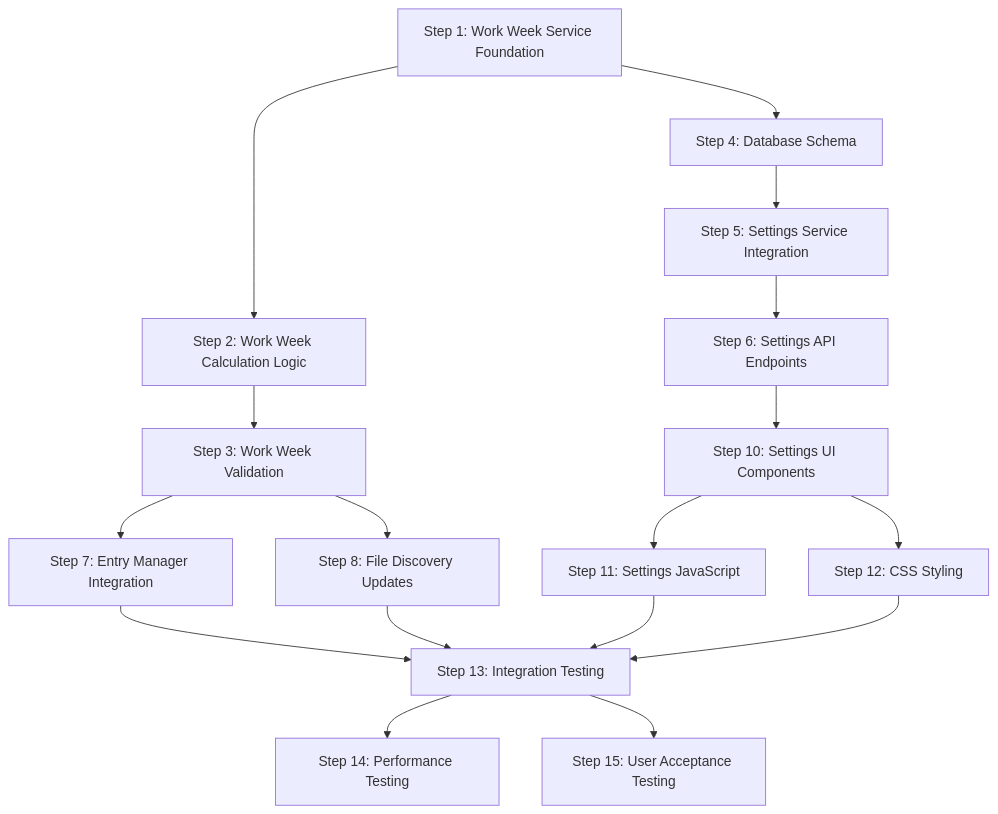
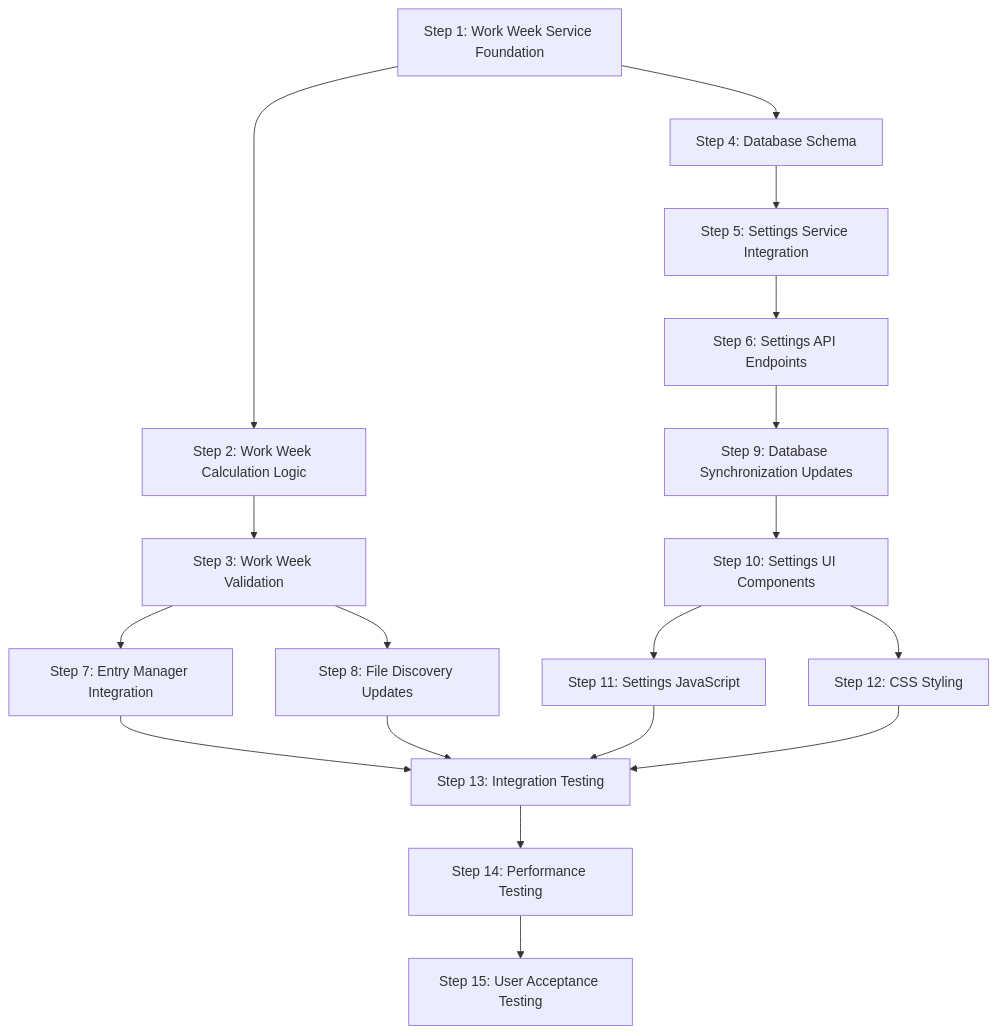
The diagram in implementation_plans/Work_Week_Directory_Organization_Parallel_Implementation_Plan.md (lbnl-science-it/WorkJournalMaker), drawn with Mermaid before and after one commit.

Commit message:
Fix mermaid chart.

````diff
--- a/implementation_plans/Work_Week_Directory_Organization_Parallel_Implementation_Plan.md
+++ b/implementation_plans/Work_Week_Directory_Organization_Parallel_Implementation_Plan.md
@@ -10,19 +10,20 @@
 ```mermaid
 graph TD
     A[Step 1: Work Week Service Foundation] --> B[Step 2: Work Week Calculation Logic]
     B --> C[Step 3: Work Week Validation]
     C --> D[Step 7: Entry Manager Integration]
     C --> E[Step 8: File Discovery Updates]
     A --> F[Step 4: Database Schema]
     F --> G[Step 5: Settings Service Integration]
     G --> H[Step 6: Settings API Endpoints]
-    H --> I[Step 10: Settings UI Components]
-    I --> J[Step 11: Settings JavaScript]
-    I --> K[Step 12: CSS Styling]
-    D --> L[Step 13: Integration Testing]
-    E --> L
-    J --> L
-    K --> L
-    L --> M[Step 14: Performance Testing]
-    L --> N[Step 15: User Acceptance Testing]
+    H --> I[Step 9: Database Synchronization Updates]
+    I --> J[Step 10: Settings UI Components]
+    J --> K[Step 11: Settings JavaScript]
+    J --> L[Step 12: CSS Styling]
+    D --> M[Step 13: Integration Testing]
+    E --> M
+    K --> M
+    L --> M
+    M --> N[Step 14: Performance Testing]
+    N --> O[Step 15: User Acceptance Testing]
 ```
````
